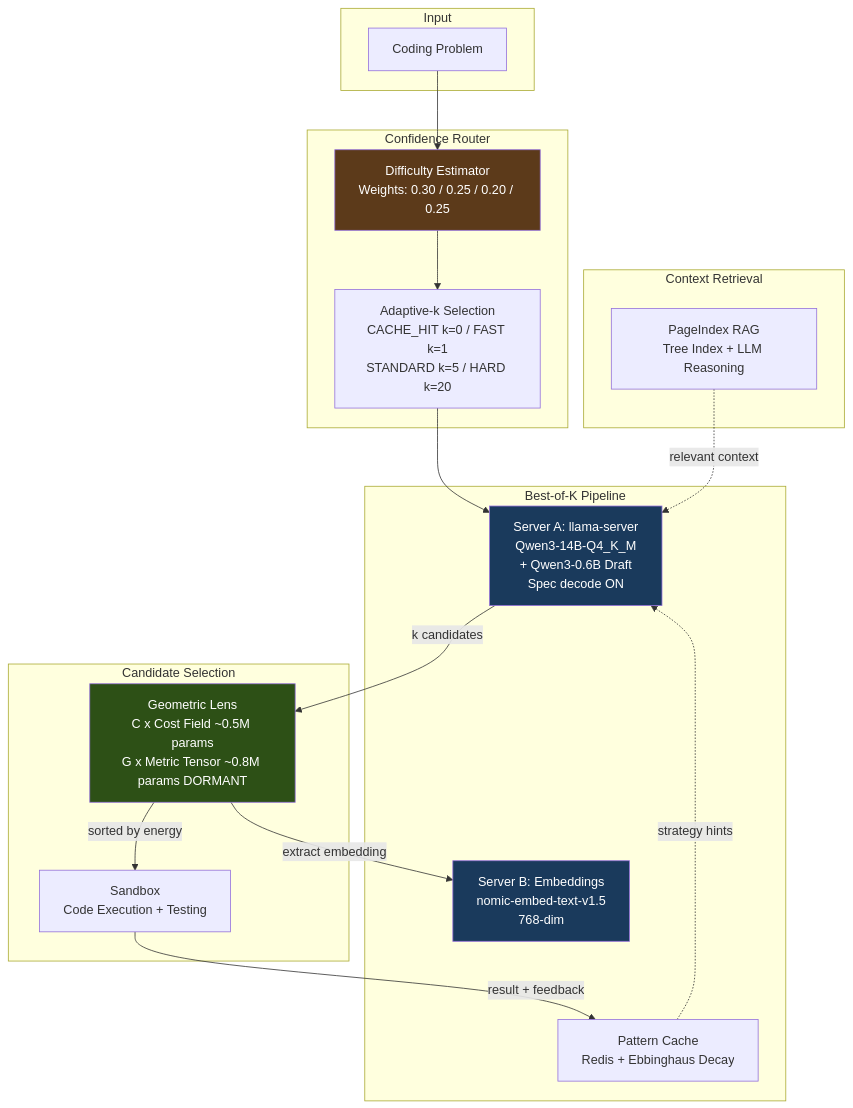
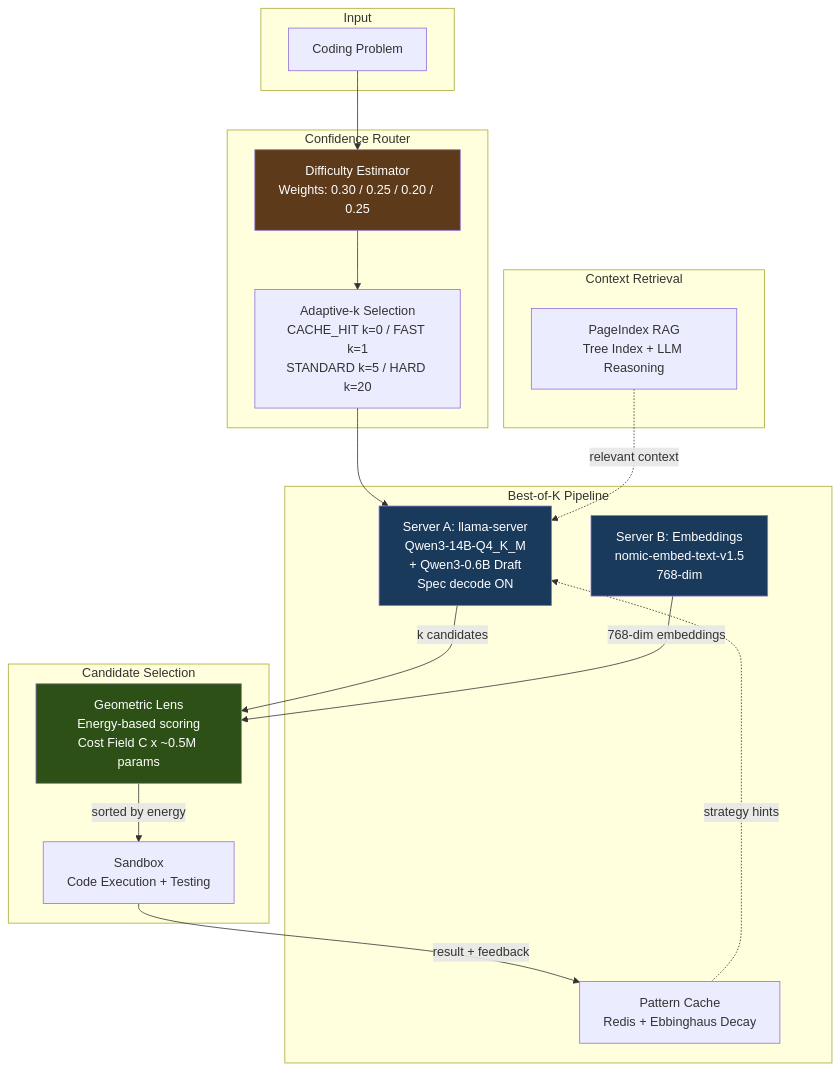
One commit to itigges22/ATLAS changed the diagram in README.md. Above: the diagram before and after it, drawn with Mermaid. The commit also changed 1 other file, not shown here.

Commit message:
fix: Mermaid diagrams for sidecar split, clean up README Lens box

````diff
--- a/README.md
+++ b/README.md
@@ -50,41 +50,41 @@
 ```mermaid
 flowchart TB
   subgraph Input
     Problem[Coding Problem]
   end
 
   subgraph Routing["Confidence Router"]
     DE[Difficulty Estimator<br/>Weights: 0.30 / 0.25 / 0.20 / 0.25]
     AK[Adaptive-k Selection<br/>CACHE_HIT k=0 / FAST k=1<br/>STANDARD k=5 / HARD k=20]
   end
 
   subgraph Generation["Best-of-K Pipeline"]
     LS[Server A: llama-server<br/>Qwen3-14B-Q4_K_M<br/>+ Qwen3-0.6B Draft<br/>Spec decode ON]
     EM[Server B: Embeddings<br/>nomic-embed-text-v1.5<br/>768-dim]
     PC[Pattern Cache<br/>Redis + Ebbinghaus Decay]
   end
 
   subgraph Evaluation["Candidate Selection"]
-    GL[Geometric Lens<br/>C x Cost Field ~0.5M params<br/>G x Metric Tensor ~0.8M params DORMANT]
+    GL[Geometric Lens<br/>Energy-based scoring<br/>Cost Field C x ~0.5M params]
     SB[Sandbox<br/>Code Execution + Testing]
   end
 
   subgraph Knowledge["Context Retrieval"]
     PI[PageIndex RAG<br/>Tree Index + LLM Reasoning]
   end
 
   Problem --> DE
   DE --> AK
   AK --> LS
   PC -.->|strategy hints| LS
   PI -.->|relevant context| LS
   LS -->|k candidates| GL
-  GL -->|extract embedding| EM
+  EM -->|768-dim embeddings| GL
   GL -->|sorted by energy| SB
   SB -->|result + feedback| PC
 
   style GL fill:#2d5016,color:#fff
   style LS fill:#1a3a5c,color:#fff
   style EM fill:#1a3a5c,color:#fff
   style DE fill:#5c3a1a,color:#fff
 ```
````
